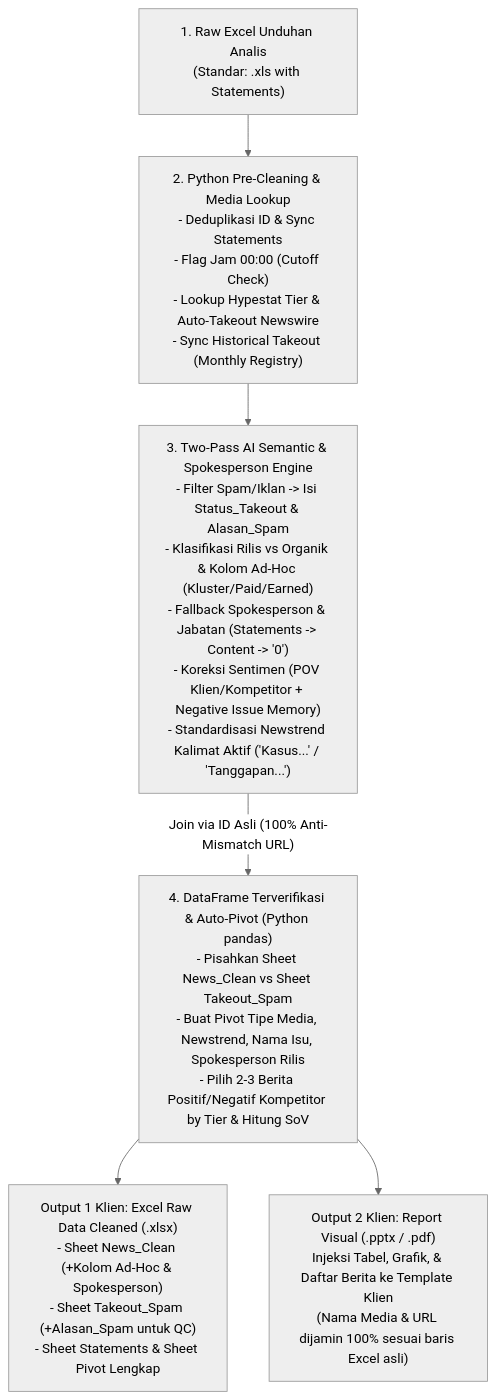
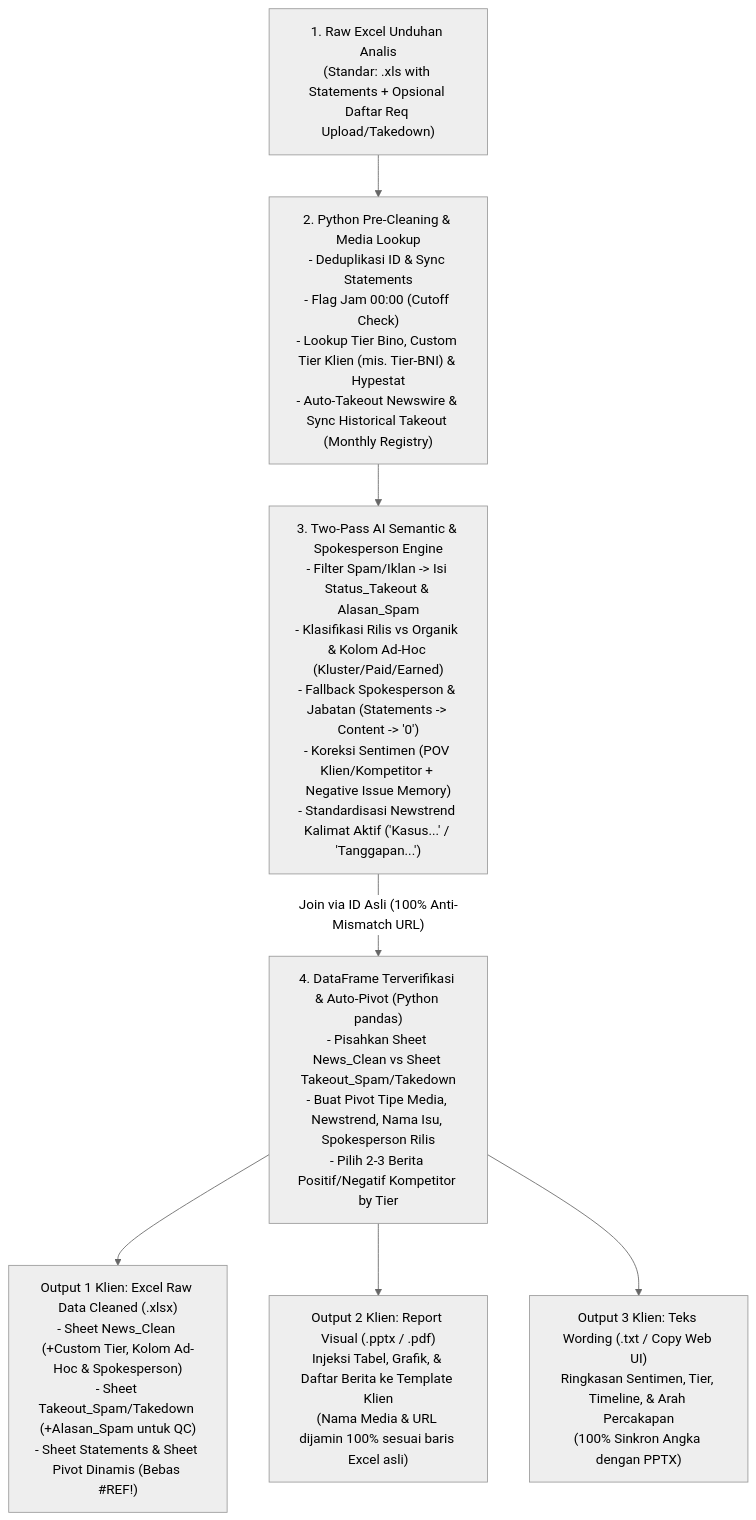
The third of 3 diagrams in docs/phase-2-design/SAD.md (Rambu464/automation-report), drawn with Mermaid (neutral theme) before and after one commit. The commit also changed other lines of this file and 3 other files, not shown here.

Commit message:
docs: add Triple Deliverables with Wording, custom media tier, and DeepSeek cost basis

````diff
--- a/docs/phase-2-design/SAD.md
+++ b/docs/phase-2-design/SAD.md
@@ -178,11 +180,12 @@
 ```mermaid
 flowchart TD
-    RawExcel["1. Raw Excel Unduhan Analis<br/>(Standar: .xls with Statements)"] --> PreClean["2. Python Pre-Cleaning & Media Lookup<br/>- Deduplikasi ID & Sync Statements<br/>- Flag Jam 00:00 (Cutoff Check)<br/>- Lookup Hypestat Tier & Auto-Takeout Newswire<br/>- Sync Historical Takeout (Monthly Registry)"]
+    RawExcel["1. Raw Excel Unduhan Analis<br/>(Standar: .xls with Statements + Opsional Daftar Req Upload/Takedown)"] --> PreClean["2. Python Pre-Cleaning & Media Lookup<br/>- Deduplikasi ID & Sync Statements<br/>- Flag Jam 00:00 (Cutoff Check)<br/>- Lookup Tier Bino, Custom Tier Klien (mis. Tier-BNI) & Hypestat<br/>- Auto-Takeout Newswire & Sync Historical Takeout (Monthly Registry)"]
 
     PreClean --> AIBatch["3. Two-Pass AI Semantic & Spokesperson Engine<br/>- Filter Spam/Iklan -> Isi Status_Takeout & Alasan_Spam<br/>- Klasifikasi Rilis vs Organik & Kolom Ad-Hoc (Kluster/Paid/Earned)<br/>- Fallback Spokesperson & Jabatan (Statements -> Content -> '0')<br/>- Koreksi Sentimen (POV Klien/Kompetitor + Negative Issue Memory)<br/>- Standardisasi Newstrend Kalimat Aktif ('Kasus...' / 'Tanggapan...')"]
 
-    AIBatch -->|"Join via ID Asli (100% Anti-Mismatch URL)"| CleanDF["4. DataFrame Terverifikasi & Auto-Pivot (Python pandas)<br/>- Pisahkan Sheet News_Clean vs Sheet Takeout_Spam<br/>- Buat Pivot Tipe Media, Newstrend, Nama Isu, Spokesperson Rilis<br/>- Pilih 2-3 Berita Positif/Negatif Kompetitor by Tier & Hitung SoV"]
+    AIBatch -->|"Join via ID Asli (100% Anti-Mismatch URL)"| CleanDF["4. DataFrame Terverifikasi & Auto-Pivot (Python pandas)<br/>- Pisahkan Sheet News_Clean vs Sheet Takeout_Spam/Takedown<br/>- Buat Pivot Tipe Media, Newstrend, Nama Isu, Spokesperson Rilis<br/>- Pilih 2-3 Berita Positif/Negatif Kompetitor by Tier"]
 
-    CleanDF --> OutExcel["Output 1 Klien: Excel Raw Data Cleaned (.xlsx)<br/>- Sheet News_Clean (+Kolom Ad-Hoc & Spokesperson)<br/>- Sheet Takeout_Spam (+Alasan_Spam untuk QC)<br/>- Sheet Statements & Sheet Pivot Lengkap"]
+    CleanDF --> OutExcel["Output 1 Klien: Excel Raw Data Cleaned (.xlsx)<br/>- Sheet News_Clean (+Custom Tier, Kolom Ad-Hoc & Spokesperson)<br/>- Sheet Takeout_Spam/Takedown (+Alasan_Spam untuk QC)<br/>- Sheet Statements & Sheet Pivot Dinamis (Bebas #REF!)"]
     CleanDF --> OutPPTPDF["Output 2 Klien: Report Visual (.pptx / .pdf)<br/>Injeksi Tabel, Grafik, & Daftar Berita ke Template Klien<br/>(Nama Media & URL dijamin 100% sesuai baris Excel asli)"]
+    CleanDF --> OutWording["Output 3 Klien: Teks Wording (.txt / Copy Web UI)<br/>Ringkasan Sentimen, Tier, Timeline, & Arah Percakapan<br/>(100% Sinkron Angka dengan PPTX)"]
 ```
````
